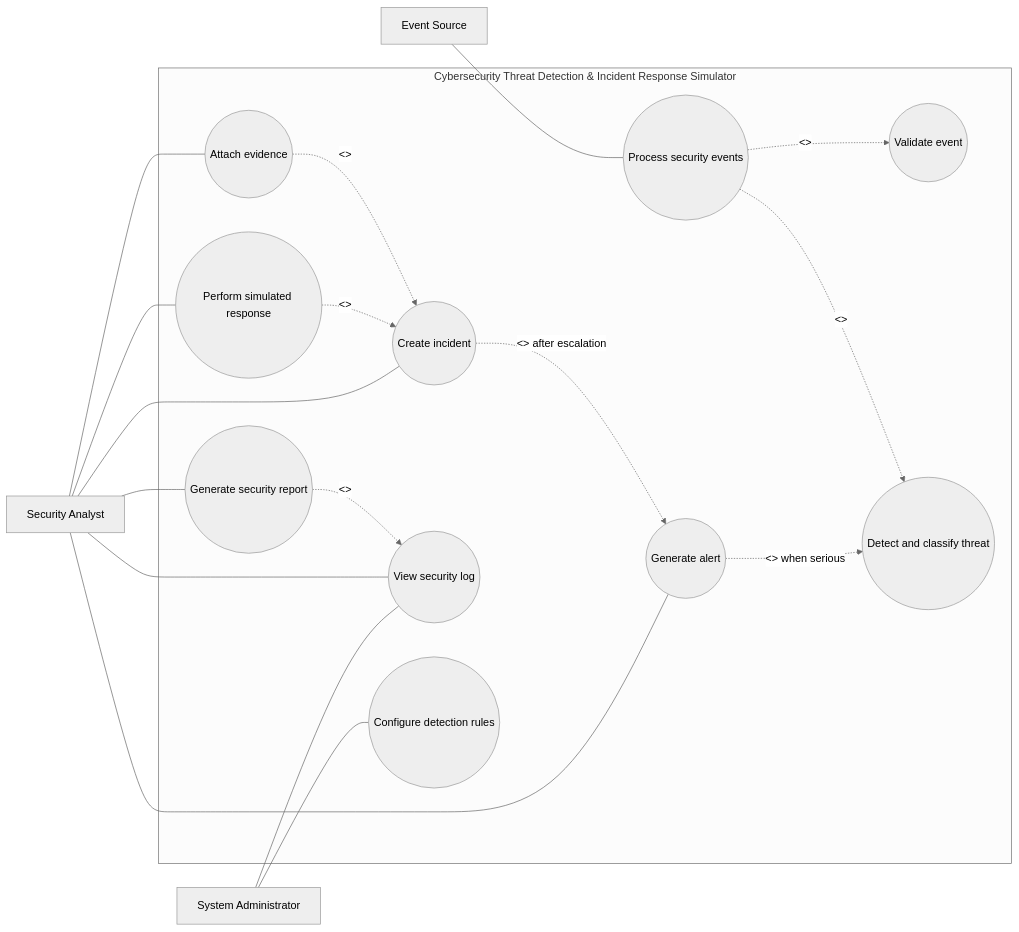
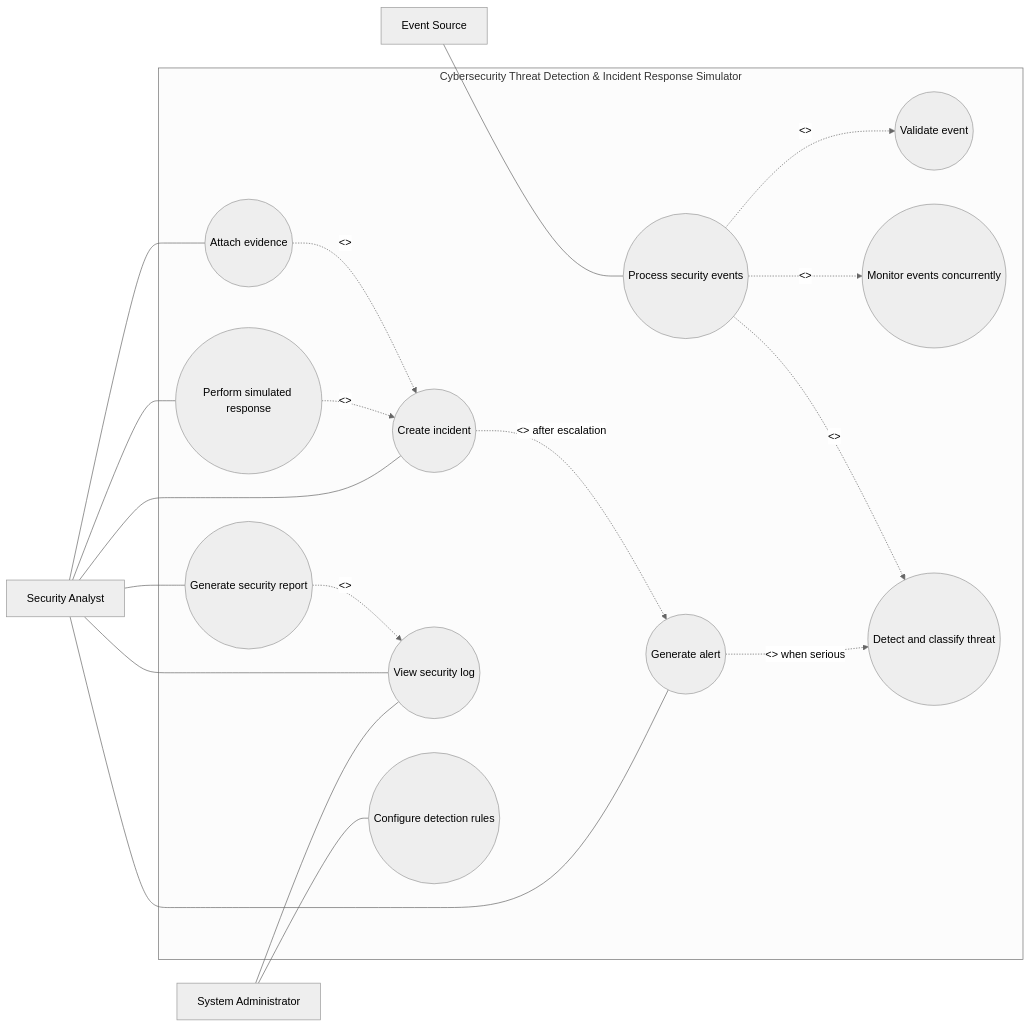
Before and after one commit to jaitak2121-spec/CybersecurityThreatdetector: the diagram in usercasediagram.mmd, drawn with Mermaid (neutral theme). The commit also changed 21 other files, not shown here.

```diff
--- a/usercasediagram.mmd
+++ b/usercasediagram.mmd
@@ -1,35 +1,37 @@
 flowchart LR
     ES["Event Source"]
     SA["Security Analyst"]
     ADMIN["System Administrator"]
 
     subgraph SYSTEM["Cybersecurity Threat Detection & Incident Response Simulator"]
         VALIDATE(("Validate event"))
         PROCESS(("Process security events"))
+        THREADS(("Monitor events concurrently"))
         DETECT(("Detect and classify threat"))
         ALERT(("Generate alert"))
         INCIDENT(("Create incident"))
         INVESTIGATE(("Attach evidence"))
         RESPOND(("Perform simulated response"))
         LOGS(("View security log"))
         REPORT(("Generate security report"))
         RULES(("Configure detection rules"))
 
         PROCESS -. "<<include>>" .-> VALIDATE
+        PROCESS -. "<<include>>" .-> THREADS
         PROCESS -. "<<include>>" .-> DETECT
         ALERT -. "<<extend>> when serious" .-> DETECT
         INCIDENT -. "<<extend>> after escalation" .-> ALERT
         INVESTIGATE -. "<<include>>" .-> INCIDENT
         RESPOND -. "<<include>>" .-> INCIDENT
         REPORT -. "<<include>>" .-> LOGS
     end
 
     ES --- PROCESS
     SA --- ALERT
     SA --- INCIDENT
     SA --- INVESTIGATE
     SA --- RESPOND
     SA --- LOGS
     SA --- REPORT
     ADMIN --- RULES
     ADMIN --- LOGS
```
